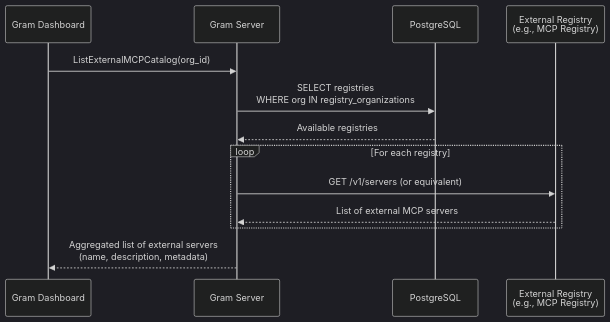
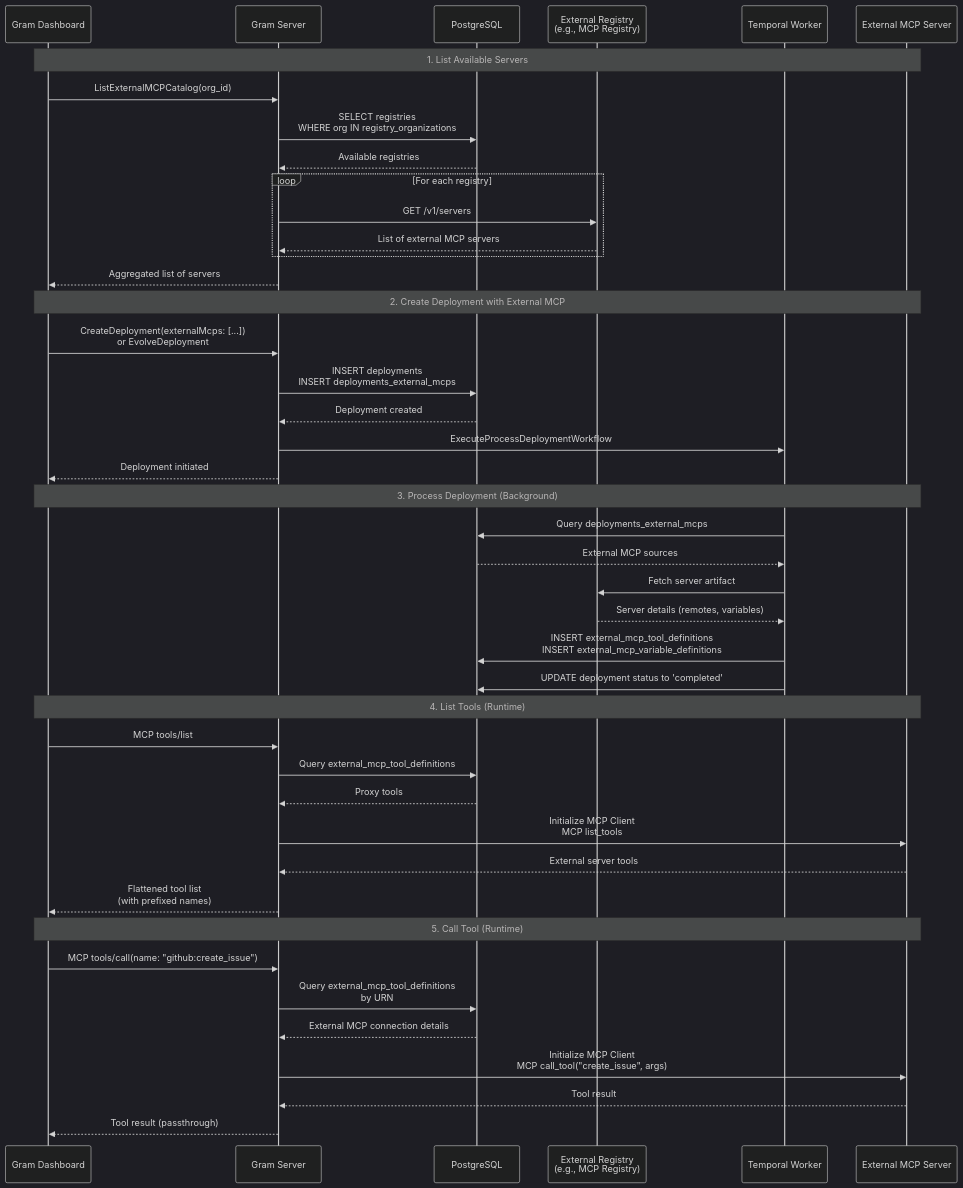
Before and after one commit to speakeasy-api/gram: the diagram in rfc-external-servers.md, drawn with Mermaid (dark theme). The commit also changed other lines of this file, not shown here.

````diff
--- a/rfc-external-servers.md
+++ b/rfc-external-servers.md
@@ -34,18 +34,52 @@
 ```mermaid
 sequenceDiagram
     participant Client as Gram Dashboard
     participant Server as Gram Server
     participant DB as PostgreSQL
     participant Registry as External Registry<br/>(e.g., MCP Registry)
+    participant Temporal as Temporal Worker
+    participant ExtMCP as External MCP Server
 
+    Note over Client,ExtMCP: 1. List Available Servers
     Client->>Server: ListExternalMCPCatalog(org_id)
     Server->>DB: SELECT registries<br/>WHERE org IN registry_organizations
     DB-->>Server: Available registries
 
     loop For each registry
-        Server->>Registry: GET /v1/servers (or equivalent)
+        Server->>Registry: GET /v1/servers
         Registry-->>Server: List of external MCP servers
     end
 
-    Server-->>Client: Aggregated list of external servers<br/>(name, description, metadata)
+    Server-->>Client: Aggregated list of servers
+
+    Note over Client,ExtMCP: 2. Create Deployment with External MCP
+    Client->>Server: CreateDeployment(externalMcps: [...])<br/>or EvolveDeployment
+    Server->>DB: INSERT deployments<br/>INSERT deployments_external_mcps
+    DB-->>Server: Deployment created
+    Server->>Temporal: ExecuteProcessDeploymentWorkflow
+    Server-->>Client: Deployment initiated
+
+    Note over Client,ExtMCP: 3. Process Deployment (Background)
+    Temporal->>DB: Query deployments_external_mcps
+    DB-->>Temporal: External MCP sources
+    Temporal->>Registry: Fetch server artifact
+    Registry-->>Temporal: Server details (remotes, variables)
+    Temporal->>DB: INSERT external_mcp_tool_definitions<br/>INSERT external_mcp_variable_definitions
+    Temporal->>DB: UPDATE deployment status to 'completed'
+
+    Note over Client,ExtMCP: 4. List Tools (Runtime)
+    Client->>Server: MCP tools/list
+    Server->>DB: Query external_mcp_tool_definitions
+    DB-->>Server: Proxy tools
+    Server->>ExtMCP: Initialize MCP Client<br/>MCP list_tools
+    ExtMCP-->>Server: External server tools
+    Server-->>Client: Flattened tool list<br/>(with prefixed names)
+
+    Note over Client,ExtMCP: 5. Call Tool (Runtime)
+    Client->>Server: MCP tools/call(name: "github:create_issue")
+    Server->>DB: Query external_mcp_tool_definitions<br/>by URN
+    DB-->>Server: External MCP connection details
+    Server->>ExtMCP: Initialize MCP Client<br/>MCP call_tool("create_issue", args)
+    ExtMCP-->>Server: Tool result
+    Server-->>Client: Tool result (passthrough)
 ```
````
